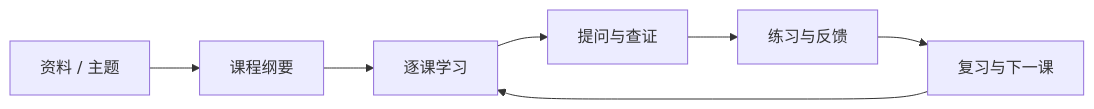
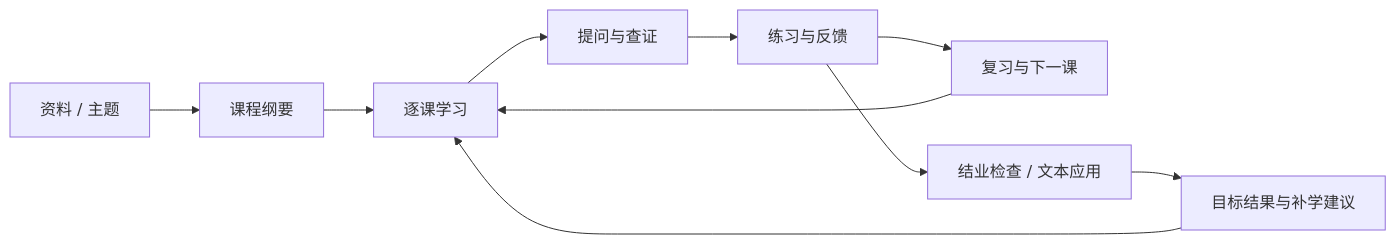
One commit to windfall8623/xunke-ai changed the first of 4 diagrams in README.md. Above: the diagram before and after it, drawn with Mermaid. The commit also changed other lines of this file, not shown here.

````diff
--- a/README.md
+++ b/README.md
@@ -28,9 +28,12 @@
 ```mermaid
 flowchart LR
     S["资料 / 主题"] --> C["课程纲要"]
     C --> L["逐课学习"]
     L --> Q["提问与查证"]
     Q --> P["练习与反馈"]
     P --> R["复习与下一课"]
     R --> L
+    P --> F["结业检查 / 文本应用"]
+    F --> N["目标结果与补学建议"]
+    N --> L
 ```
````
